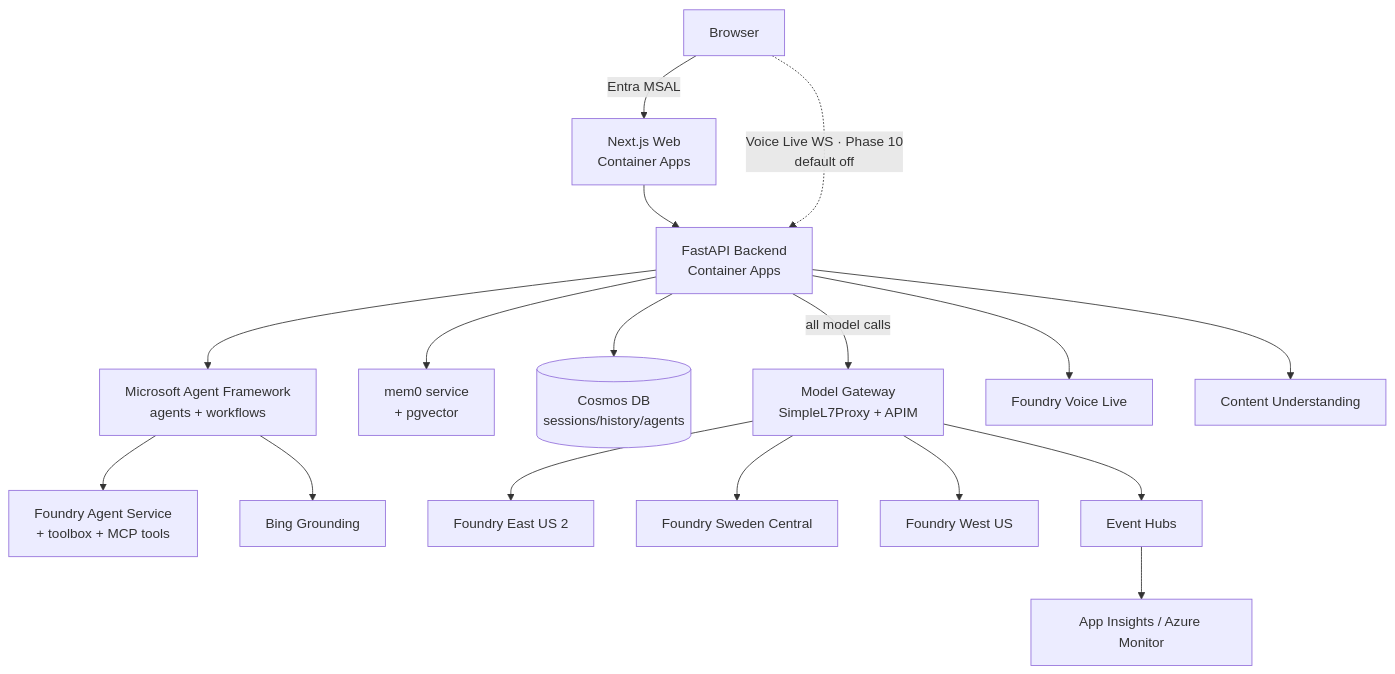
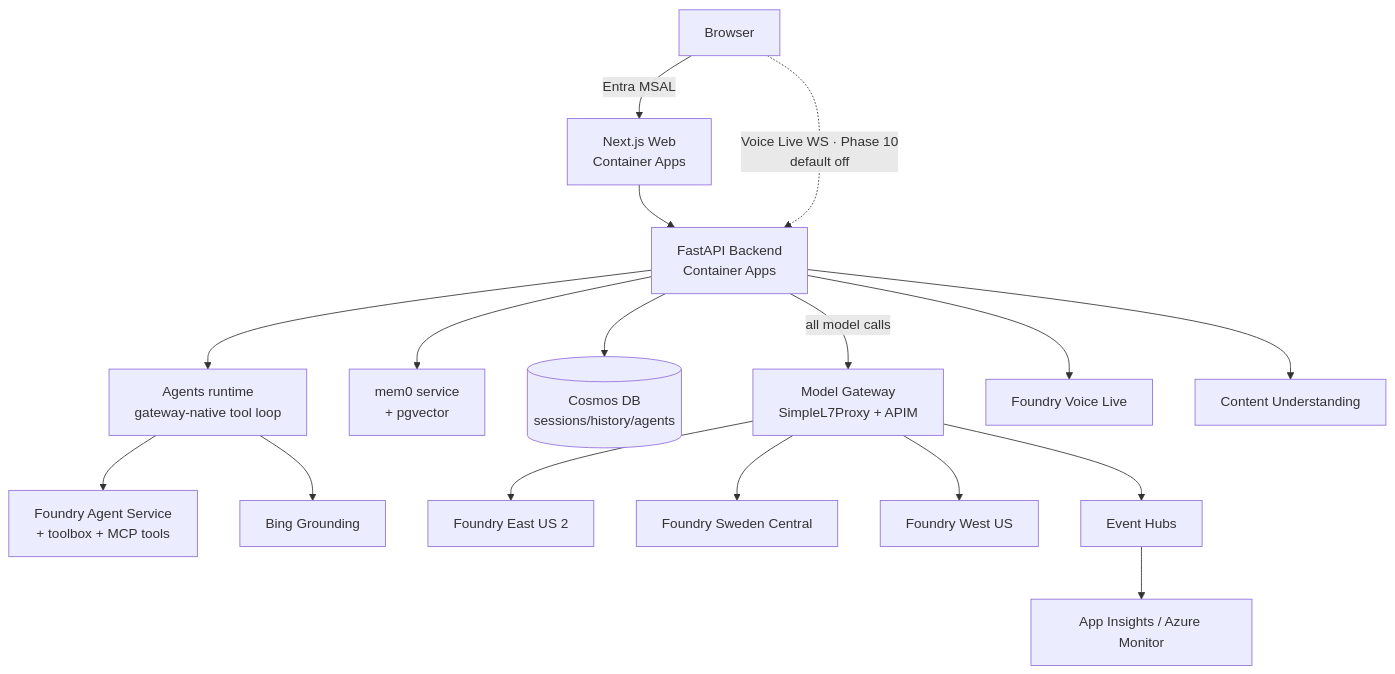
One commit to ian-t-adams/AI4IA changed the diagram in docs/architecture.md. Above: the diagram before and after it, drawn with Mermaid. The commit also changed other lines of this file and 3 other files, not shown here.

Commit message:
docs: correct MAF drift — describe shipped in-house agents runtime (#53)

````diff
--- a/docs/architecture.md
+++ b/docs/architecture.md
@@ -8,18 +8,18 @@
 ```mermaid
 flowchart TB
   User[Browser] -->|Entra MSAL| Web[Next.js Web<br/>Container Apps]
   Web --> API[FastAPI Backend<br/>Container Apps]
-  API --> MAF[Microsoft Agent Framework<br/>agents + workflows]
+  API --> Agents[Agents runtime<br/>gateway-native tool loop]
   API --> Mem[mem0 service<br/>+ pgvector]
   API --> Cosmos[(Cosmos DB<br/>sessions/history/agents)]
-  MAF --> Foundry[Foundry Agent Service<br/>+ toolbox + MCP tools]
+  Agents --> Foundry[Foundry Agent Service<br/>+ toolbox + MCP tools]
   API -->|all model calls| GW[Model Gateway<br/>SimpleL7Proxy + APIM]
   GW --> F1[Foundry East US 2]
   GW --> F2[Foundry Sweden Central]
   GW --> F3[Foundry West US]
   GW --> EH[Event Hubs] --> Obs[App Insights / Azure Monitor]
-  MAF --> Bing[Bing Grounding]
+  Agents --> Bing[Bing Grounding]
   API --> Voice[Foundry Voice Live]
   API --> CU[Content Understanding]
   User -.->|Voice Live WS · Phase 10<br/>default off| API
 ```
````
